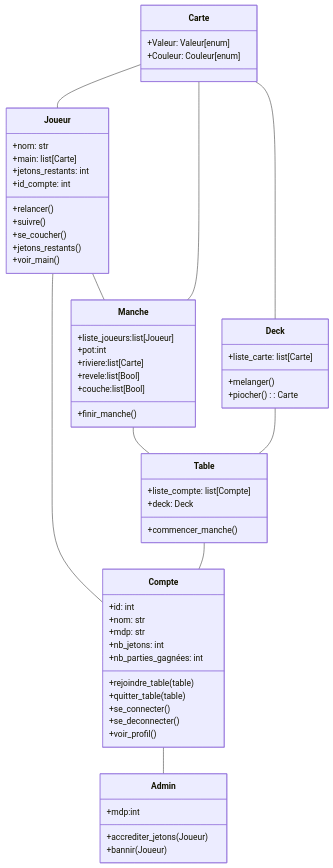
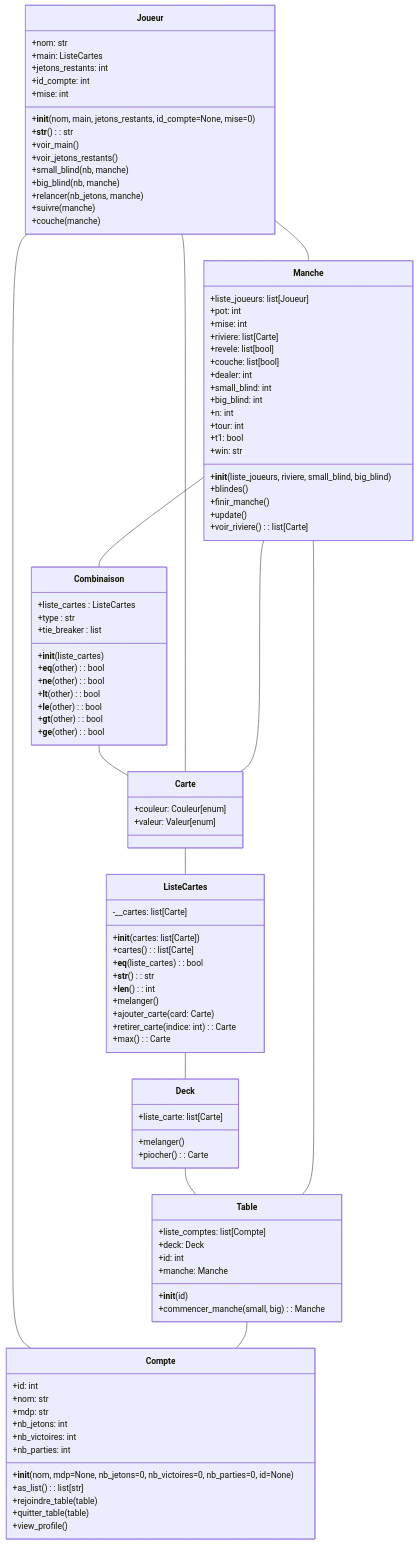
One commit to MrJoy27/ENSAI-2A-projet-info changed the diagram in doc/diag_classes.md. Above: the diagram before and after it, drawn with Mermaid.

Commit message:
maj diag classe

````diff
--- a/doc/diag_classes.md
+++ b/doc/diag_classes.md
@@ -17,55 +17,108 @@
 ```mermaid
+
 classDiagram
+    directionLR
     class Joueur {
       +nom: str
-      +main: list[Carte]
+      +main: ListeCartes
       +jetons_restants: int
-      +id_compte: int 
-      +relancer()
-      +suivre()
-      +se_coucher()
-      +jetons_restants()
+      +id_compte: int
+      +mise: int
+
+      +__init__(nom, main, jetons_restants, id_compte=None, mise=0)
+      +__str__(): str
       +voir_main()
+      +voir_jetons_restants()
+      +small_blind(nb, manche)
+      +big_blind(nb, manche)
+      +relancer(nb_jetons, manche)
+      +suivre(manche)
+      +couche(manche)
+    }
+
+    class Carte{
+      +couleur: Couleur[enum]
+      +valeur: Valeur[enum]
     }
     
-    class Carte {
-      +Valeur: Valeur[enum]
-      +Couleur: Couleur[enum]
-    }
     
     class Manche {
-      +liste_joueurs:list[Joueur]
-      +pot:int
-      +riviere:list[Carte]
-      +revele:list[Bool]
-      +couche:list[Bool]
+      +liste_joueurs: list[Joueur]
+      +pot: int
+      +mise: int
+      +riviere: list[Carte]
+      +revele: list[bool]
+      +couche: list[bool]
+      +dealer: int
+      +small_blind: int
+      +big_blind: int
+      +n: int
+      +tour: int
+      +t1: bool
+      +win: str
+
+      +__init__(liste_joueurs, riviere, small_blind, big_blind)
+      +blindes()
       +finir_manche()
+      +update()
+      +voir_riviere(): list[Carte]
     }
 
+
     class Table {
-      +liste_compte: list[Compte]
-      +deck: Deck 
-      +commencer_manche()
+      +liste_comptes: list[Compte]
+      +deck: Deck
+      +id: int
+      +manche: Manche
+
+      +__init__(id)
+      +commencer_manche(small, big): Manche
     }
+
     
     class Compte {
       +id: int
       +nom: str
       +mdp: str
       +nb_jetons: int
-      +nb_parties_gagnées: int 
+      +nb_victoires: int
+      +nb_parties: int
+
+      +__init__(nom, mdp=None, nb_jetons=0, nb_victoires=0, nb_parties=0, id=None)
+      +as_list(): list[str]
       +rejoindre_table(table)
       +quitter_table(table)
-      +se_connecter()
-      +se_deconnecter()
-      +voir_profil()
+      +view_profile()
     }
 
-    class Admin {
-      +mdp:int
-      +accrediter_jetons(Joueur)
-      +bannir(Joueur)
+    class ListeCartes {
+      -__cartes: list[Carte]
+
+      +__init__(cartes: list[Carte])
+      +cartes(): list[Carte]
+      +__eq__(liste_cartes): bool
+      +__str__(): str
+      +__len__(): int
+      +melanger()
+      +ajouter_carte(card: Carte)
+      +retirer_carte(indice: int): Carte
+      +max(): Carte
     }
+
+
+    class Combinaison {
+      +liste_cartes : ListeCartes
+      +type : str
+      +tie_breaker : list
+
+      +__init__(liste_cartes)
+      +__eq__(other) : bool
+      +__ne__(other) : bool
+      +__lt__(other) : bool
+      +__le__(other) : bool
+      +__gt__(other) : bool
+      +__ge__(other) : bool
+  }
 
     class Deck {
       +liste_carte: list[Carte]
@@ -75,11 +128,13 @@
 
     Carte -- Joueur
     Carte -- Manche
-    Carte -- Deck
+    Carte -- ListeCartes
+    ListeCartes -- Deck
     Deck -- Table
     Joueur -- Compte
     Joueur -- Manche
+    Manche -- Combinaison
+    Combinaison -- Carte
     Manche -- Table
     Table -- Compte
-    Compte -- Admin
 ```
````
